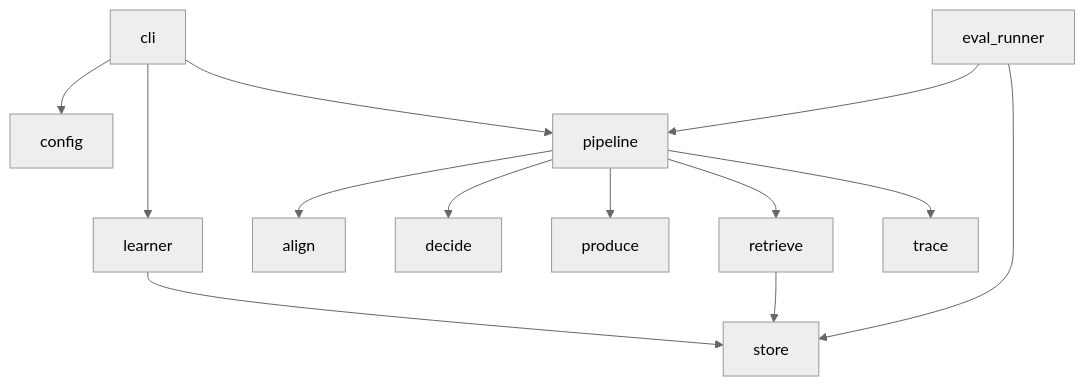
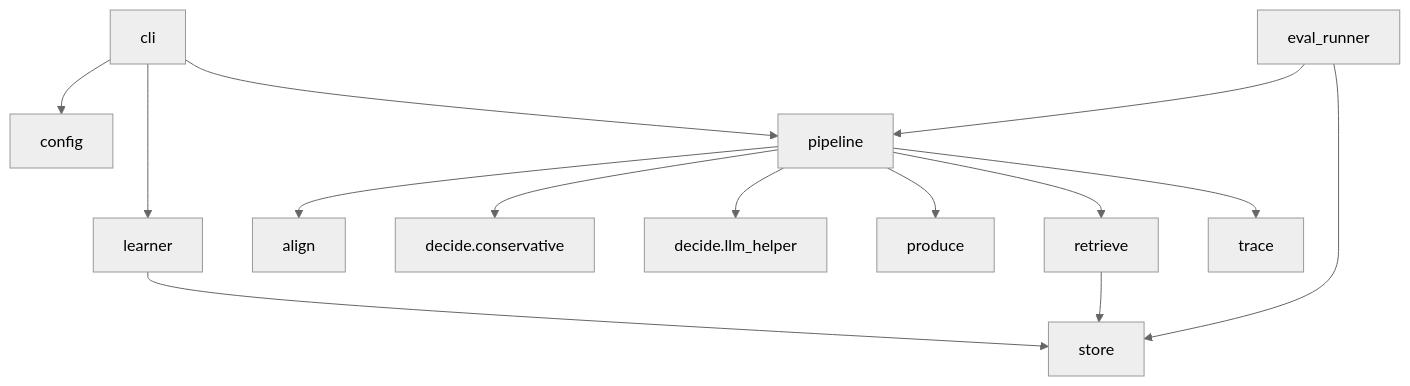
The fifth of 6 diagrams in README.md (Akshit11318/kivi-memory-backend-akshit), drawn with Mermaid (neutral theme) before and after one commit. The commit also changed other lines of this file and 98 other files, not shown here.

````diff
--- a/README.md
+++ b/README.md
@@ -328,15 +321,16 @@
 ```mermaid
 flowchart TB
   CLI[cli] --> CFG[config]
   CLI --> Pipe[pipeline]
   Pipe --> Ret[retrieve]
   Pipe --> Align[align]
-  Pipe --> Dec[decide]
+  Pipe --> Dec[decide.conservative]
+  Pipe --> Helper[decide.llm_helper]
   Pipe --> Prod[produce]
   CLI --> Learn[learner]
   Learn --> Store[store]
   Ret --> Store
   Pipe --> Trace[trace]
   Eval[eval_runner] --> Pipe
   Eval --> Store
 ```
````
